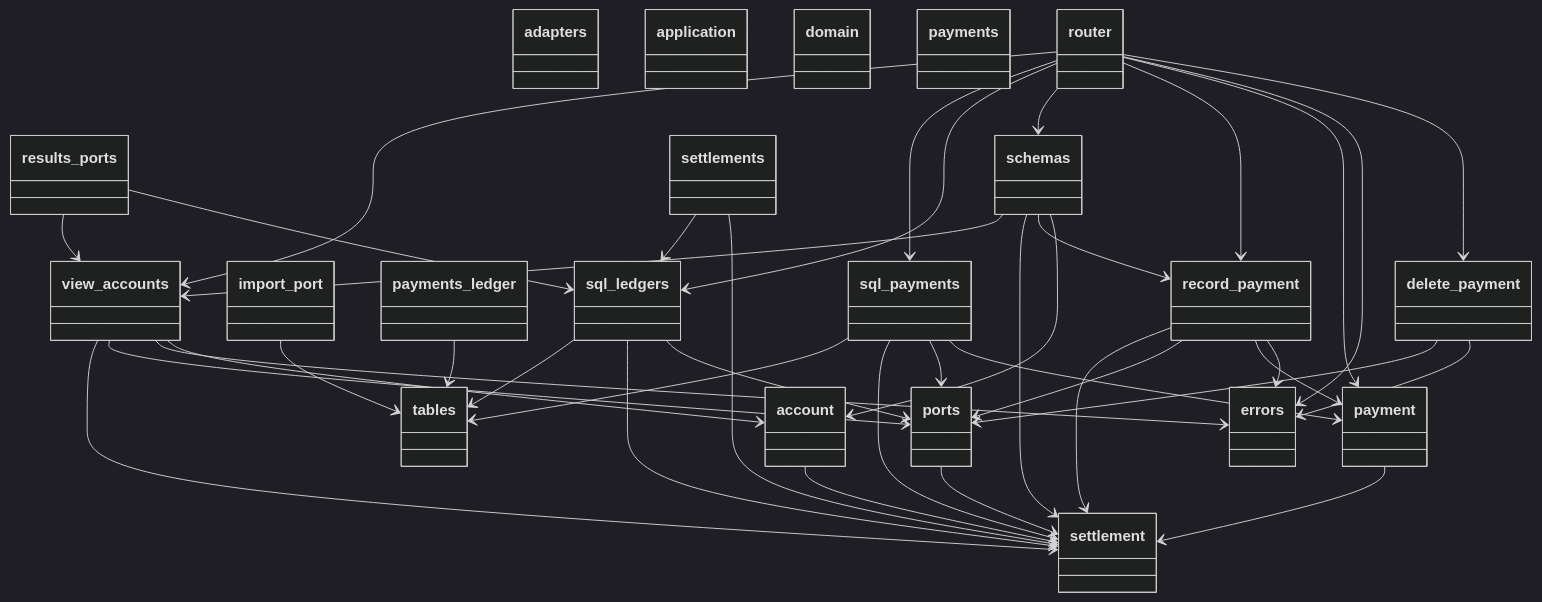
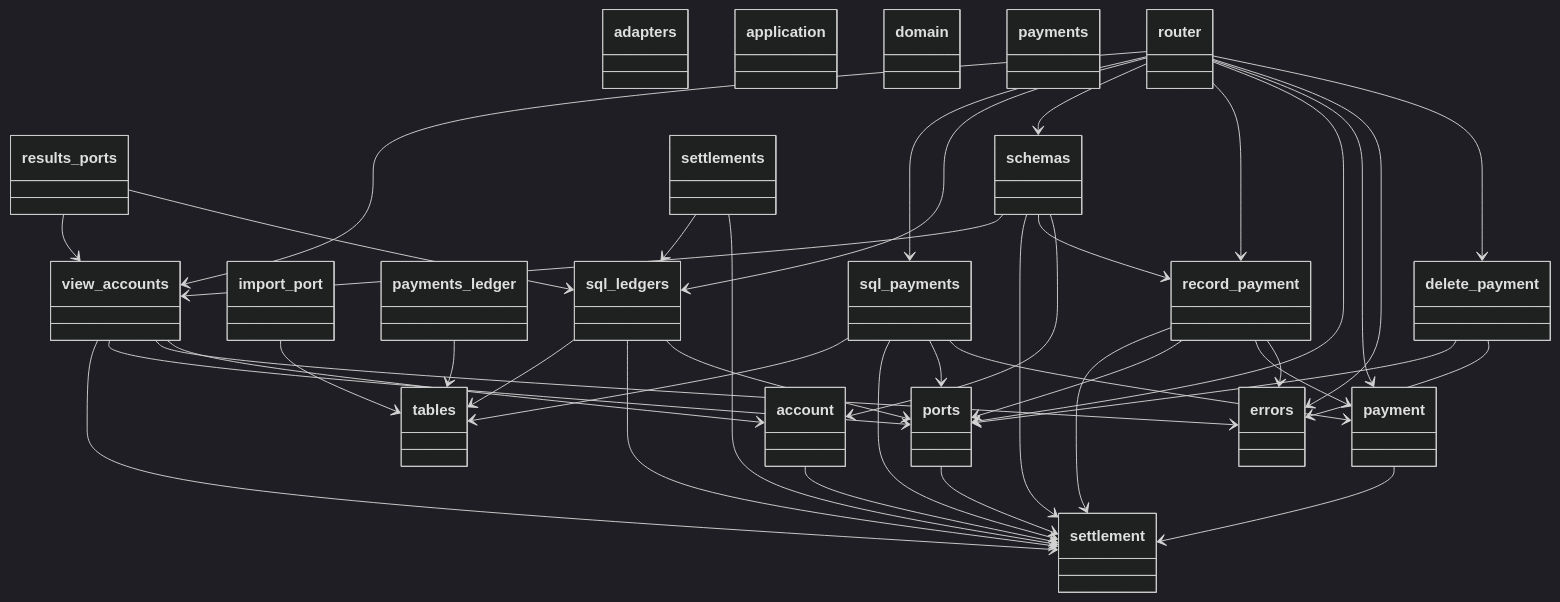
Before and after one commit to GonzaloZevallos/apostrophe: the first of 4 diagrams in docs/architecture/generated/classes/payments.md, drawn with Mermaid (dark theme). The commit also changed other lines of this file and 3 other files, not shown here.

Commit message:
Refresh the generated API and architecture docs for the payments and expenses money types

```diff
--- a/docs/architecture/generated/classes/payments.md
+++ b/docs/architecture/generated/classes/payments.md
@@ -64,6 +64,7 @@
   router --> delete_payment
   router --> errors
   router --> payment
+  router --> ports
   router --> record_payment
   router --> schemas
   router --> sql_ledgers
```
